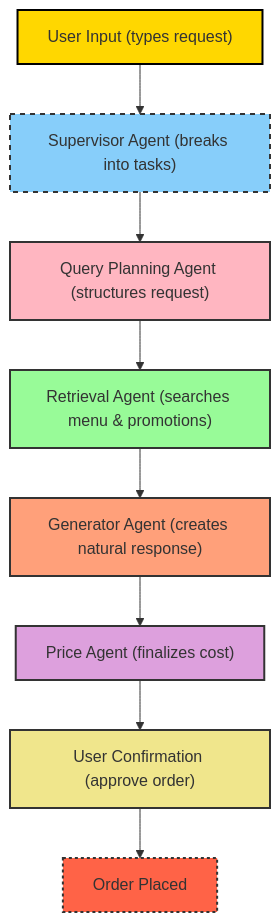
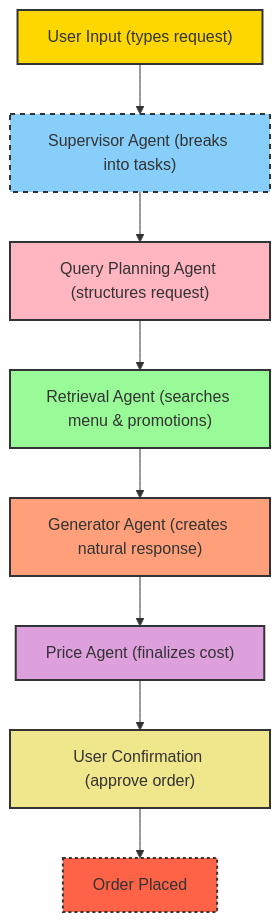
Before and after one commit to TReV-89/food_ordering_agent_glovo: the diagram in Project_Details.md, drawn with Mermaid.

````diff
--- a/Project_Details.md
+++ b/Project_Details.md
@@ -108,20 +108,20 @@
 ```mermaid
 flowchart TD
-    style U fill:#FFD700,stroke:#000000,stroke-width:2px
+    style U fill:#FFD700,stroke:#333,stroke-width:2px
     style S fill:#87CEFA,stroke:#333,stroke-width:2px,stroke-dasharray: 5 5
     style Q fill:#FFB6C1,stroke:#333,stroke-width:2px
     style R fill:#98FB98,stroke:#333,stroke-width:2px
     style G fill:#FFA07A,stroke:#333,stroke-width:2px
     style P fill:#DDA0DD,stroke:#333,stroke-width:2px
     style C fill:#F0E68C,stroke:#333,stroke-width:2px
     style O fill:#FF6347,stroke:#333,stroke-width:2px,stroke-dasharray: 3 3
 
     U["User Input (types request)"] --> S["Supervisor Agent (breaks into tasks)"]
     S --> Q["Query Planning Agent (structures request)"]
     Q --> R["Retrieval Agent (searches menu & promotions)"]
     R --> G["Generator Agent (creates natural response)"]
     G --> P["Price Agent (finalizes cost)"]
     P --> C["User Confirmation (approve order)"]
     C --> O["Order Placed"]
 
 ```
````
